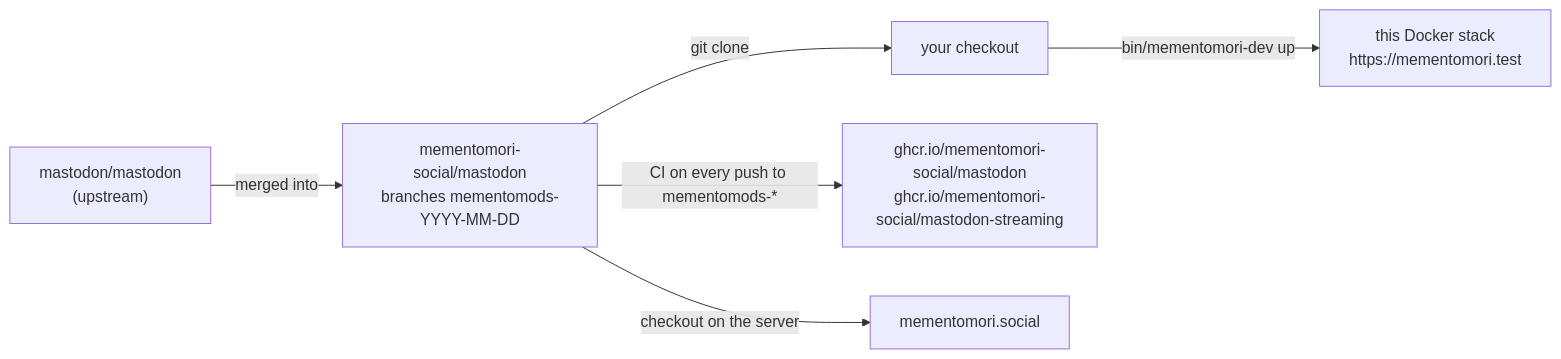
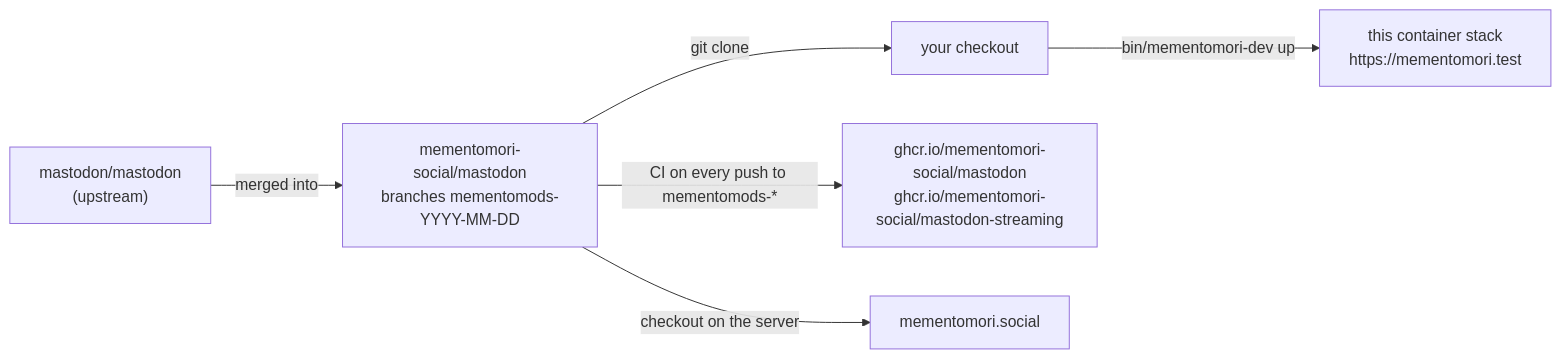
The first of 4 diagrams in dev/README.md (mementomori-social/mastodon), drawn with Mermaid before and after one commit. The commit also changed other lines of this file and 4 other files, not shown here.

Commit message:
Add Podman support to dev stack, Ref: MEM-15

````diff
--- a/dev/README.md
+++ b/dev/README.md
@@ -19,8 +19,8 @@
 ```mermaid
 flowchart LR
   upstream["mastodon/mastodon<br/>(upstream)"] -- merged into --> fork["mementomori-social/mastodon<br/>branches mementomods-YYYY-MM-DD"]
   fork -- "git clone" --> checkout["your checkout"]
-  checkout -- "bin/mementomori-dev up" --> stack["this Docker stack<br/>https://mementomori.test"]
+  checkout -- "bin/mementomori-dev up" --> stack["this container stack<br/>https://mementomori.test"]
   fork -- "CI on every push to mementomods-*" --> images["ghcr.io/mementomori-social/mastodon<br/>ghcr.io/mementomori-social/mastodon-streaming"]
   fork -- "checkout on the server" --> prod["mementomori.social"]
 ```
````
